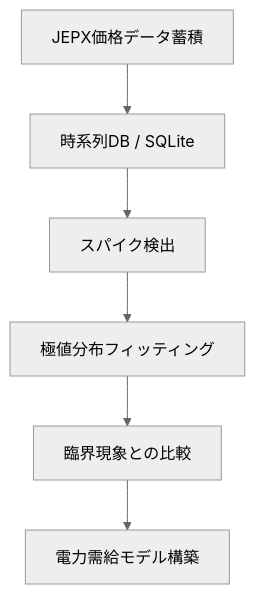
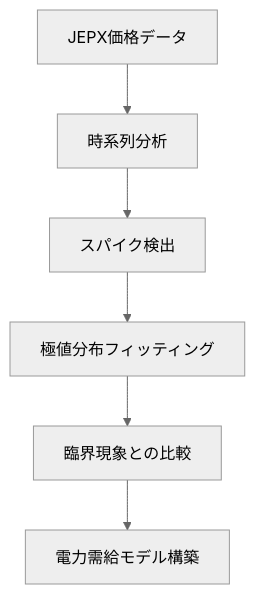
Before and after one commit to banzai80311315/jepx-data-analytics-platform: the eighth of 9 diagrams in README.md, drawn with Mermaid (neutral theme). The commit also changed other lines of this file, not shown here.

````diff
--- a/README.md
+++ b/README.md
@@ -250,8 +241,8 @@
 ```mermaid
 flowchart TD
-    A[JEPX価格データ蓄積] --> B[時系列DB / SQLite]
+    A[JEPX価格データ] --> B[時系列分析]
     B --> C[スパイク検出]
     C --> D[極値分布フィッティング]
     D --> E[臨界現象との比較]
     E --> F[電力需給モデル構築]
 ```
````
